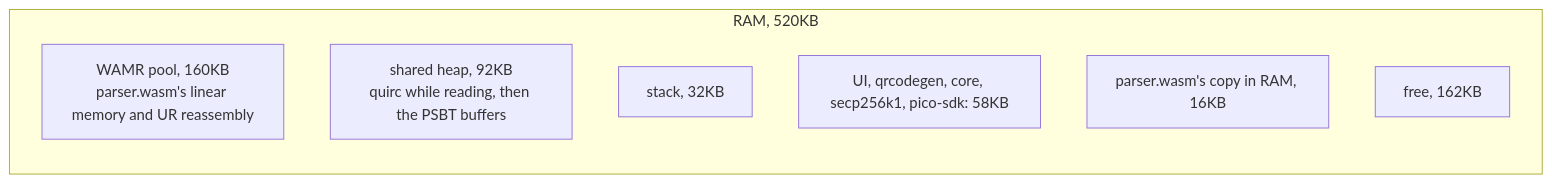
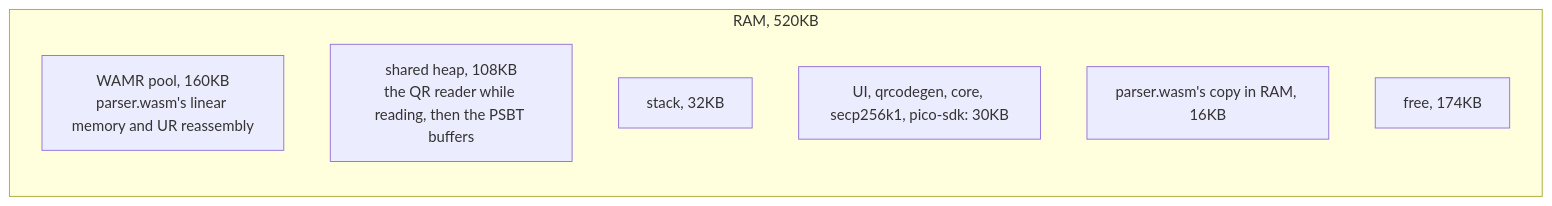
One commit to habakan/bitwasm-signer-pico changed the third of 3 diagrams in docs/architecture.md. Above: the diagram before and after it, drawn with Mermaid. The commit also changed other lines of this file and 13 other files, not shown here.

````diff
--- a/docs/architecture.md
+++ b/docs/architecture.md
@@ -96,11 +96,11 @@
 ```mermaid
 flowchart LR
     subgraph ram["RAM, 520KB"]
         pool["WAMR pool, 160KB<br/>parser.wasm's linear memory and UR reassembly"]
-        heap["shared heap, 92KB<br/>quirc while reading, then the PSBT buffers"]
+        heap["shared heap, 108KB<br/>the QR reader while reading, then the PSBT buffers"]
         stack["stack, 32KB"]
-        other["UI, qrcodegen, core, secp256k1, pico-sdk: 58KB"]
+        other["UI, qrcodegen, core, secp256k1, pico-sdk: 30KB"]
         wasmcopy["parser.wasm's copy in RAM, 16KB"]
-        free["free, 162KB"]
+        free["free, 174KB"]
     end
 ```
````
